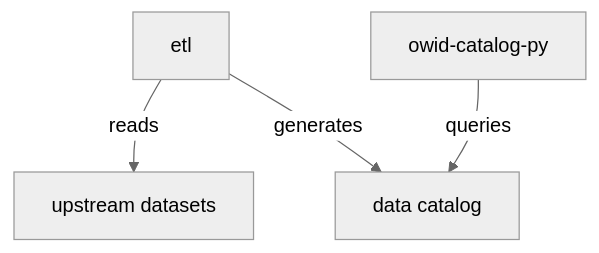
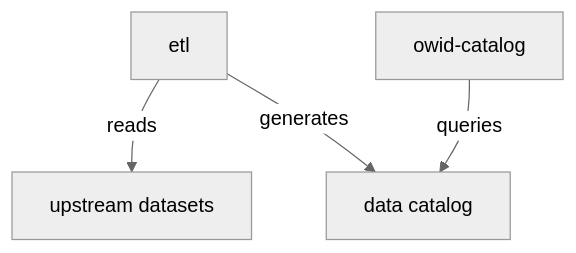
One commit to owid/etl changed the diagram in lib/catalog/README.md. Above: the diagram before and after it, drawn with Mermaid (neutral theme). The commit also changed 3 other files, not shown here.

Commit message:
owid-catalog-py -> owid-catalog

````diff
--- a/lib/catalog/README.md
+++ b/lib/catalog/README.md
@@ -17,7 +17,7 @@
 ```mermaid
 graph TB
 
 etl -->|reads| snapshot[upstream datasets]
 etl -->|generates| s3[data catalog]
-catalog[owid-catalog-py] -->|queries| s3
+catalog[owid-catalog] -->|queries| s3
 ```
````
